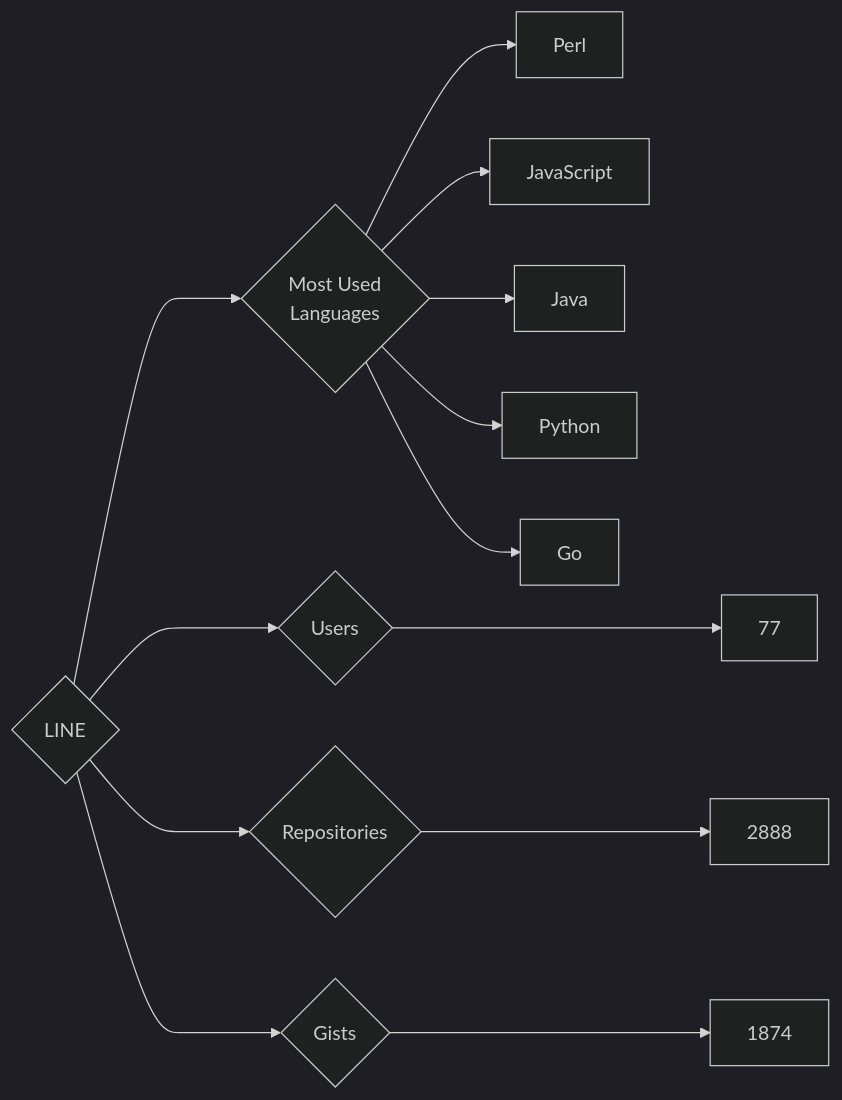
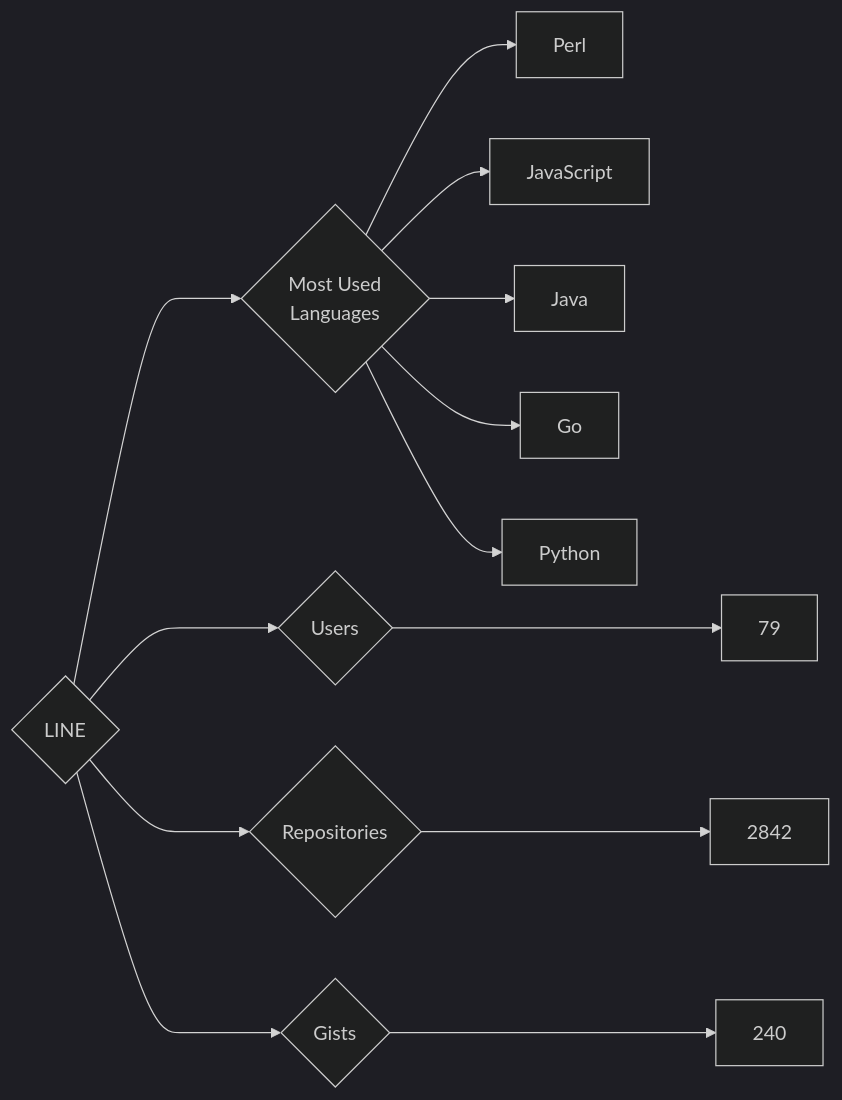
The diagram in targets/LINE/README.md (trickest/insiders), drawn with Mermaid (dark theme) before and after one commit. The commit also changed 870 other files, not shown here.

````diff
--- a/targets/LINE/README.md
+++ b/targets/LINE/README.md
@@ -3,13 +3,13 @@
 ```mermaid
 graph LR
 COMPANY_NAME{LINE}
-COMPANY_NAME ---> U{Users} ---> UN[77]
-COMPANY_NAME ---> R{Repositories} ---> RN[2888]
-COMPANY_NAME ---> G{Gists} ---> GN[1874]
+COMPANY_NAME ---> U{Users} ---> UN[79]
+COMPANY_NAME ---> R{Repositories} ---> RN[2842]
+COMPANY_NAME ---> G{Gists} ---> GN[240]
 COMPANY_NAME ---> ML{Most Used<br>Languages}
 ML --> Perl[Perl]
 ML --> JavaScript[JavaScript]
 ML --> Java[Java]
+ML --> Go[Go]
 ML --> Python[Python]
-ML --> Go[Go]
 ```
````
